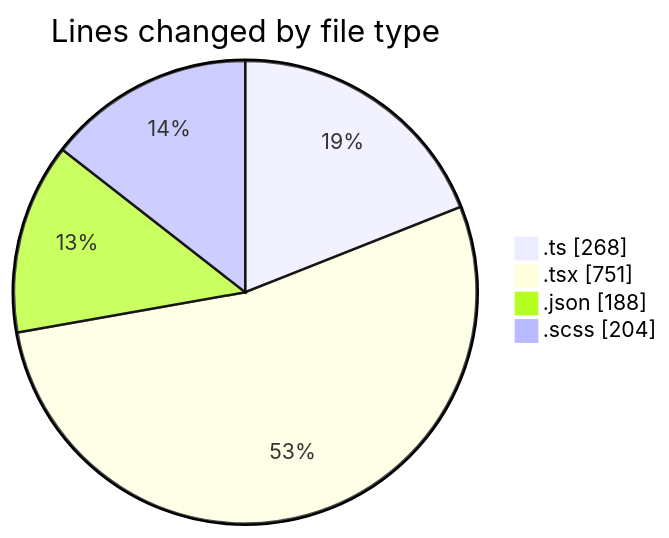
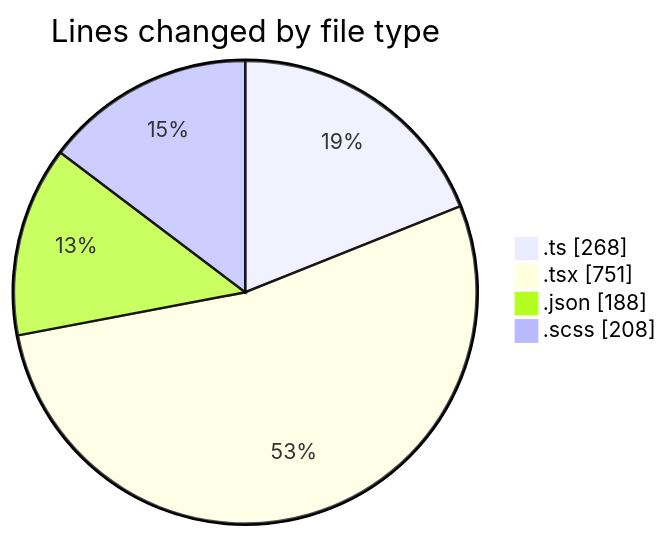
Before and after one commit to momahboobian/code-tracking: the first of 2 diagrams in 2026-05-07/cda/README.md, drawn with Mermaid. The commit also changed other lines of this file and 1 other file, not shown here.

````diff
--- a/2026-05-07/cda/README.md
+++ b/2026-05-07/cda/README.md
@@ -32,8 +32,8 @@
 ```mermaid
 pie showData
 title Lines changed by file type
 ".ts" : 268
 ".tsx" : 751
 ".json" : 188
-".scss" : 204
+".scss" : 208
 ```
````
